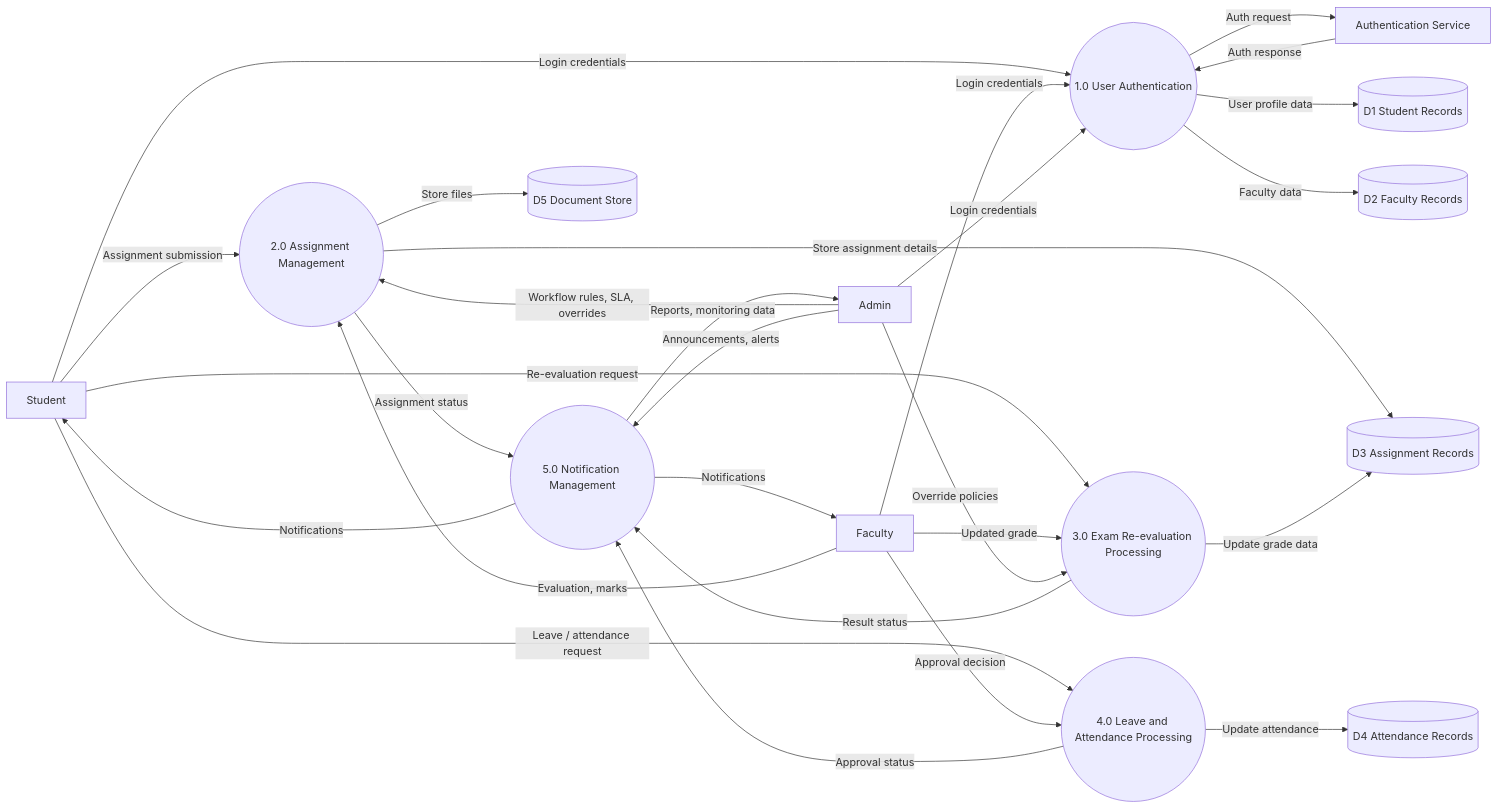
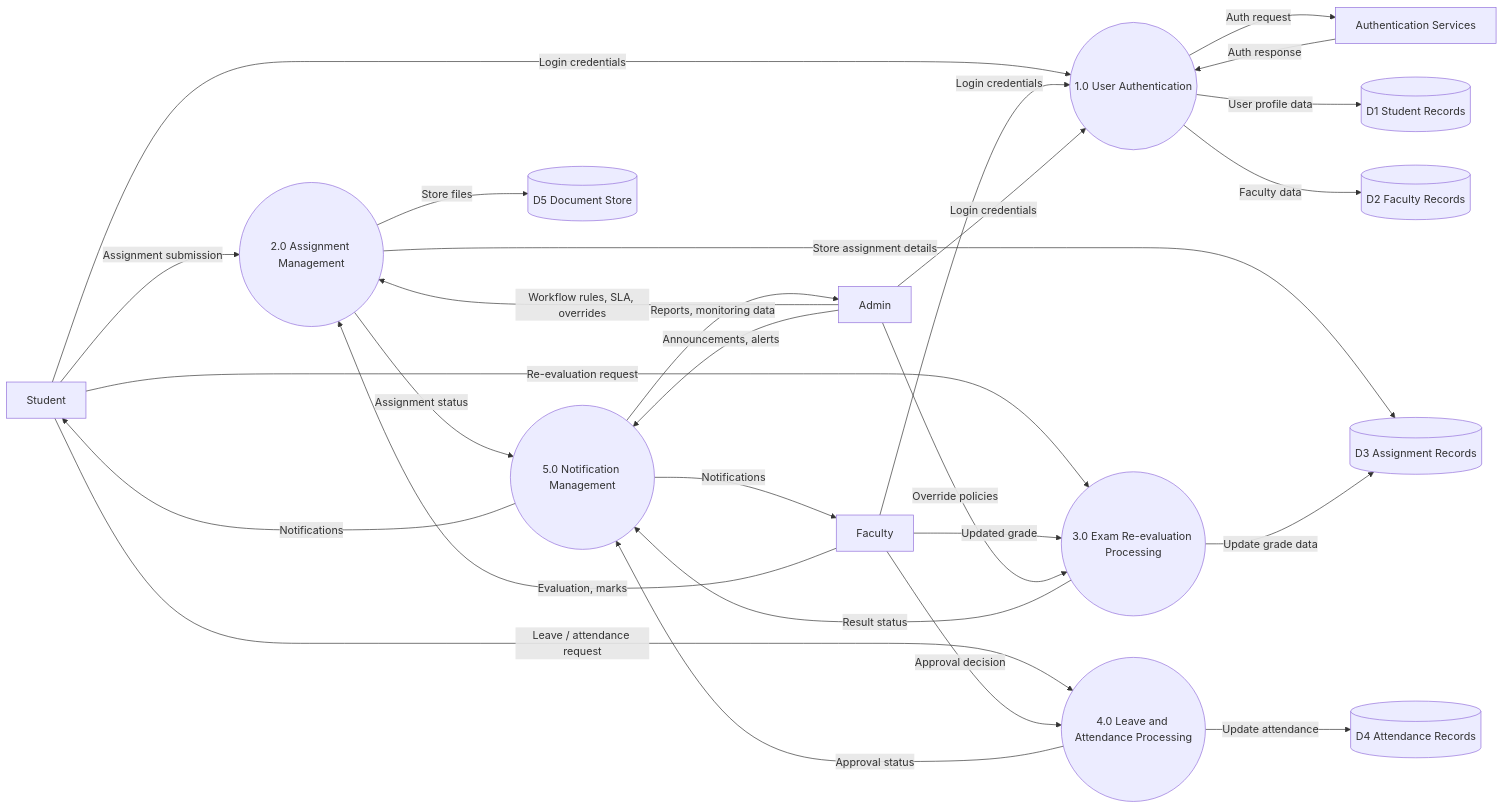
The diagram in DFD_1.md (as5104/CS331-project), drawn with Mermaid before and after one commit.

Commit message:
improved on DFD level 1

````diff
--- a/DFD_1.md
+++ b/DFD_1.md
@@ -1,58 +1,58 @@
 ```mermaid
 flowchart LR
     %% External Entities
     Student[Student]
     Faculty[Faculty]
     Admin[Admin]
-    Auth["Authentication Service"]
+    Auth["Authentication Services"]
 
     %% Processes
     P1(("1.0 User Authentication"))
     P2(("2.0 Assignment Management"))
     P3(("3.0 Exam Re-evaluation Processing"))
     P4(("4.0 Leave and Attendance Processing"))
     P5(("5.0 Notification Management"))
 
     %% Data Stores
     D1[(D1 Student Records)]
     D2[(D2 Faculty Records)]
     D3[(D3 Assignment Records)]
     D4[(D4 Attendance Records)]
     D5[(D5 Document Store)]
 
     %% Authentication
     Student -->|Login credentials| P1
     Faculty -->|Login credentials| P1
     Admin -->|Login credentials| P1
     P1 -->|Auth request| Auth
     Auth -->|Auth response| P1
     P1 -->|User profile data| D1
     P1 -->|Faculty data| D2
 
     %% Assignment Management
     Student -->|Assignment submission| P2
     Faculty -->|Evaluation, marks| P2
     Admin -->|Workflow rules, SLA, overrides| P2
     P2 -->|Store assignment details| D3
     P2 -->|Store files| D5
     P2 -->|Assignment status| P5
 
     %% Exam Re-evaluation
     Student -->|Re-evaluation request| P3
     Faculty -->|Updated grade| P3
     Admin -->|Override policies| P3
     P3 -->|Update grade data| D3
     P3 -->|Result status| P5
 
     %% Leave and Attendance
     Student -->|Leave / attendance request| P4
     Faculty -->|Approval decision| P4
     P4 -->|Update attendance| D4
     P4 -->|Approval status| P5
 
     %% Notifications and Monitoring
     Admin -->|Announcements, alerts| P5
     P5 -->|Notifications| Student
     P5 -->|Notifications| Faculty
     P5 -->|Reports, monitoring data| Admin
 ```
````
